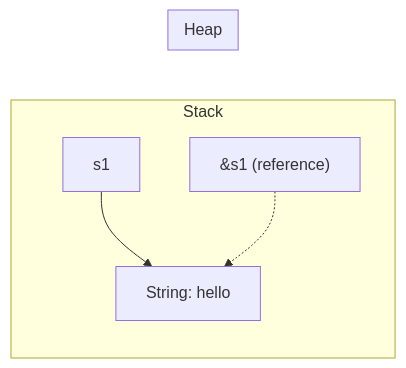
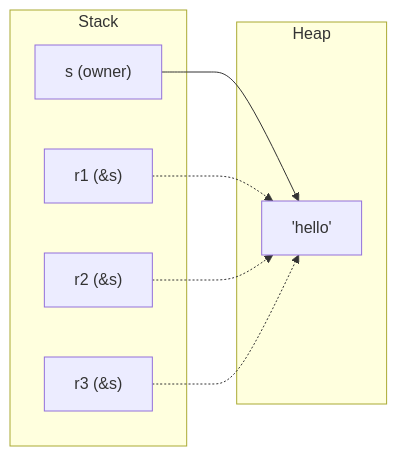
The fourth of 12 diagrams in part2/04-borrowing.md (MichaelTien8901/rust-guide-tutorial), drawn with Mermaid before and after one commit. The commit also changed other lines of this file and 2 other files, not shown here.

````diff
--- a/part2/04-borrowing.md
+++ b/part2/04-borrowing.md
@@ -28,11 +93,18 @@
 ```mermaid
-graph LR
+flowchart LR
     subgraph Stack
-        A[s1] --> D
-        B["&s1 (reference)"] -.-> D
+        S["s (owner)"]
+        R1["r1 (&s)"]
+        R2["r2 (&s)"]
+        R3["r3 (&s)"]
     end
 
     subgraph Heap
-        D["String: hello"]
+        H["'hello'"]
     end
+
+    S --> H
+    R1 -.-> H
+    R2 -.-> H
+    R3 -.-> H
 ```
````
